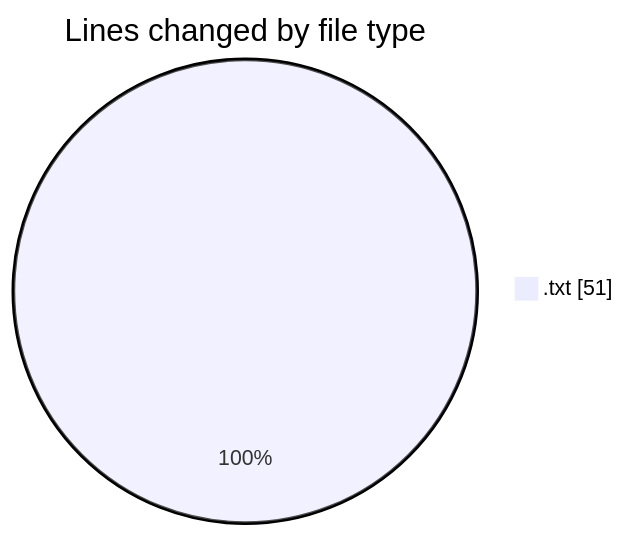
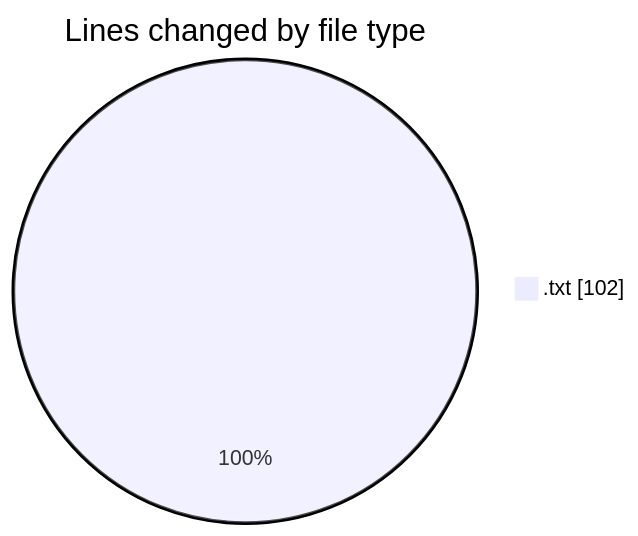
Before and after one commit to MatusMokan/code-tracking: the first of 2 diagrams in 2025-01-21/myws__workspace_/README.md, drawn with Mermaid. The commit also changed other lines of this file and 1 other file, not shown here.

````diff
--- a/2025-01-21/myws__workspace_/README.md
+++ b/2025-01-21/myws__workspace_/README.md
@@ -20,5 +21,5 @@
 ```mermaid
 pie showData
 title Lines changed by file type
-".txt" : 51
+".txt" : 102
 ```
````
